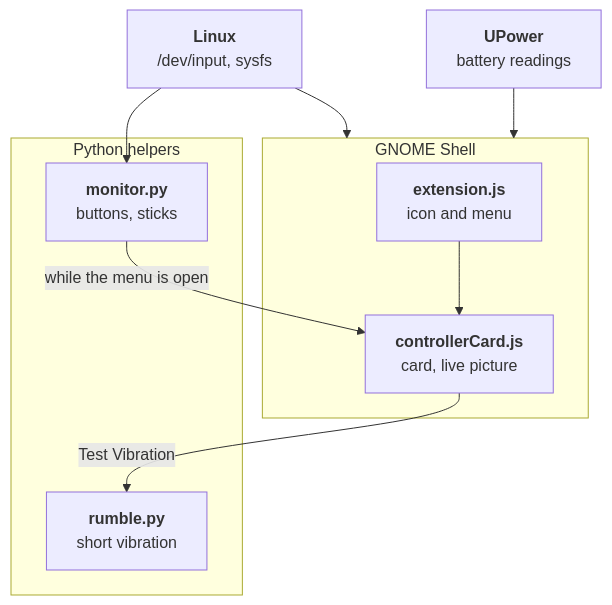
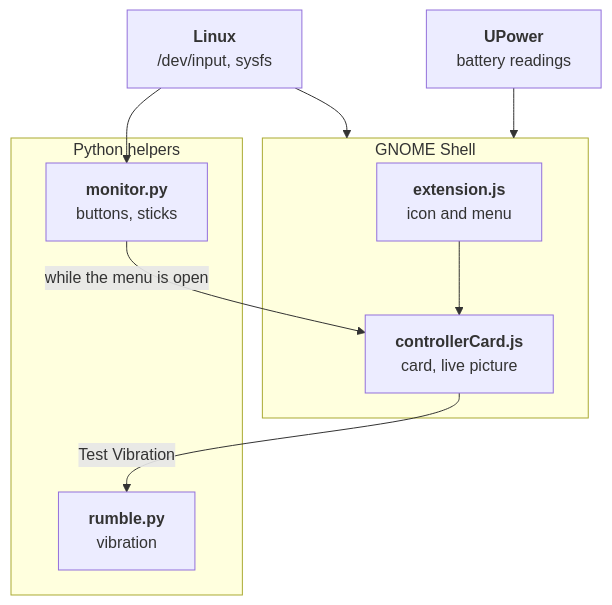
Before and after one commit to NahuelGenchi/padlight: the first of 2 diagrams in README.md, drawn with Mermaid. The commit also changed other lines of this file and 7 other files, not shown here.

````diff
--- a/README.md
+++ b/README.md
@@ -213,19 +217,19 @@
 ```mermaid
 flowchart TB
     kernel["<b>Linux</b><br/>/dev/input, sysfs"]
     upower["<b>UPower</b><br/>battery readings"]
     subgraph shell["GNOME Shell"]
         ext["<b>extension.js</b><br/>icon and menu"]
         card["<b>controllerCard.js</b><br/>card, live picture"]
     end
     subgraph helpers["Python helpers"]
         monitor["<b>monitor.py</b><br/>buttons, sticks"]
-        rumble["<b>rumble.py</b><br/>short vibration"]
+        rumble["<b>rumble.py</b><br/>vibration"]
     end
     kernel --> shell
     upower --> shell
     ext --> card
     kernel --> monitor
     monitor -->|"while the menu is open"| card
     card -->|"Test Vibration"| rumble
 ```
````
